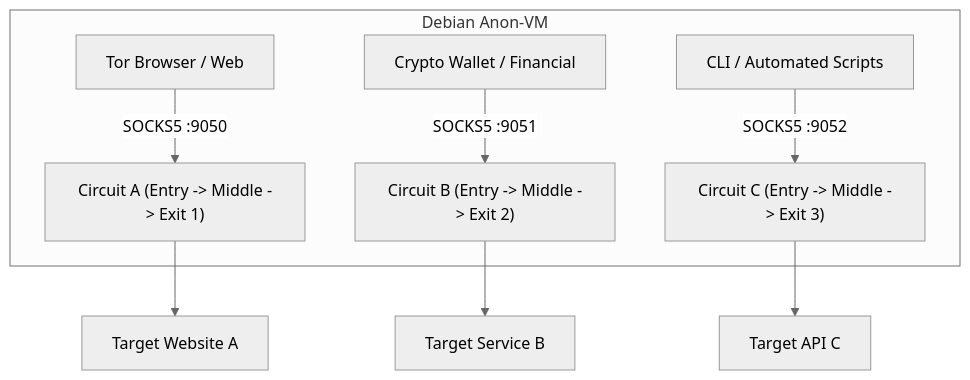
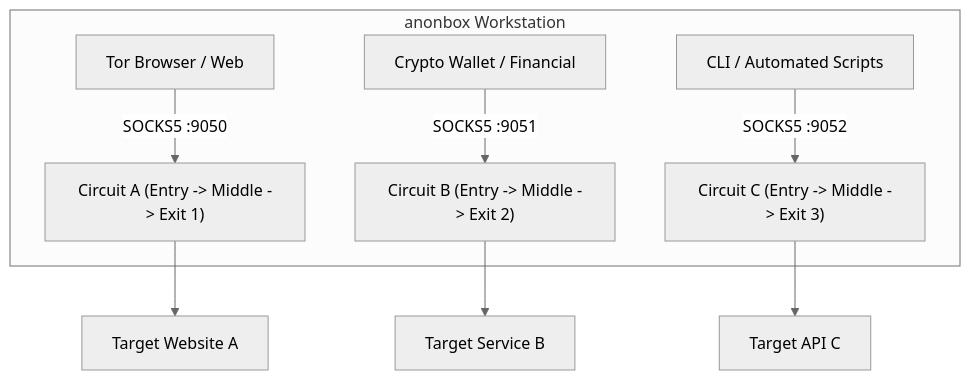
One commit to aleaz/anonbox changed the second of 2 diagrams in README.md. Above: the diagram before and after it, drawn with Mermaid (neutral theme). The commit also changed other lines of this file and 9 other files, not shown here.

````diff
--- a/README.md
+++ b/README.md
@@ -120,12 +122,12 @@
 ```mermaid
 flowchart TD
-    subgraph VM["Debian Anon-VM"]
+    subgraph VM["anonbox Workstation"]
         Browser["Tor Browser / Web"] -->|SOCKS5 :9050| CircuitA["Circuit A (Entry -> Middle -> Exit 1)"]
         Wallet["Crypto Wallet / Financial"] -->|SOCKS5 :9051| CircuitB["Circuit B (Entry -> Middle -> Exit 2)"]
         Automation["CLI / Automated Scripts"] -->|SOCKS5 :9052| CircuitC["Circuit C (Entry -> Middle -> Exit 3)"]
     end
     
     CircuitA --> SiteA["Target Website A"]
     CircuitB --> SiteB["Target Service B"]
     CircuitC --> SiteC["Target API C"]
 ```
````
